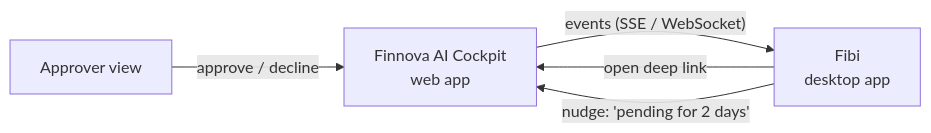
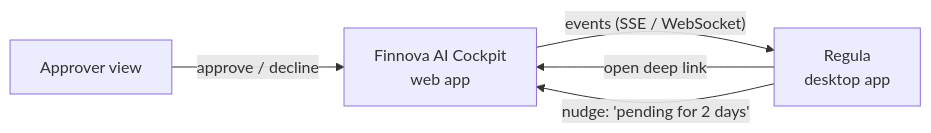
Before and after one commit to elm1nst3r/FinnovaHackathon2026: the first of 3 diagrams in docs/finnova-pet-prd.md, drawn with Mermaid. The commit also changed other lines of this file, not shown here.

First line of the commit message:
Rename the pet to Regula, the pink dot of the finnova logo

````diff
--- a/docs/finnova-pet-prd.md
+++ b/docs/finnova-pet-prd.md
@@ -70,7 +72,7 @@
 ```mermaid
 flowchart LR
-  CK[Finnova AI Cockpit<br/>web app] -- "events (SSE / WebSocket)" --> FB[Fibi<br/>desktop app]
+  CK[Finnova AI Cockpit<br/>web app] -- "events (SSE / WebSocket)" --> FB[Regula<br/>desktop app]
   FB -- "open deep link" --> CK
   FB -- "nudge: 'pending for 2 days'" --> CK
   AP[Approver view] -- "approve / decline" --> CK
 ```
````
